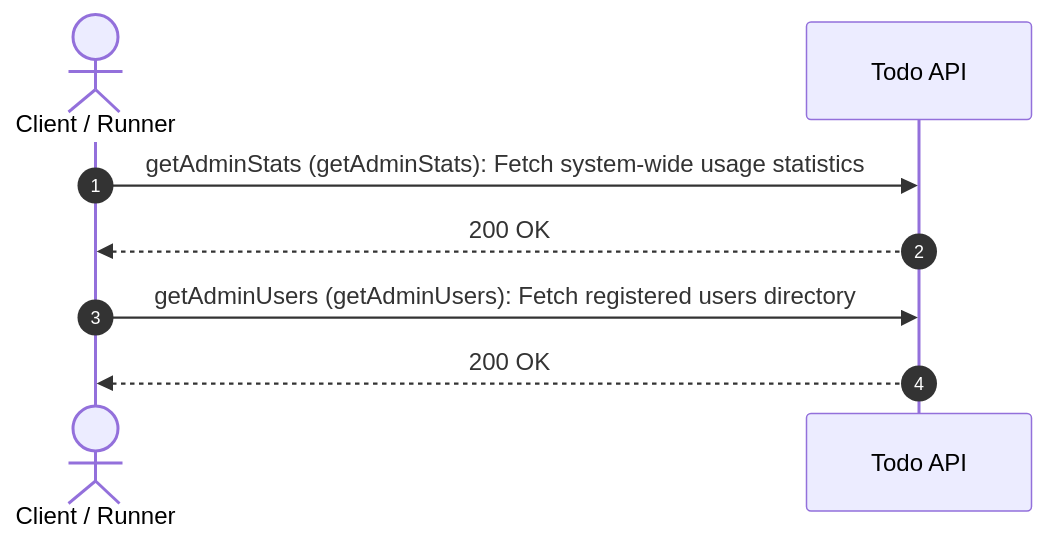
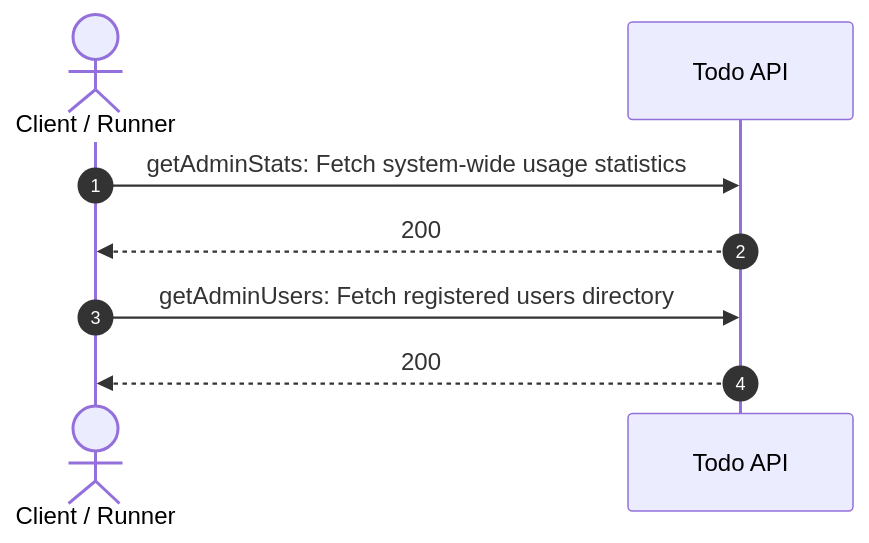
Before and after one commit to tom009924/sandbox: the second of 2 diagrams in docs/workflows/README.md, drawn with Mermaid. The commit also changed other lines of this file and 1 other file, not shown here.

First line of the commit message:
refactor(workflows): streamline workflow conversion to essential sequence details

````diff
--- a/docs/workflows/README.md
+++ b/docs/workflows/README.md
@@ -66,10 +50,10 @@
 ```mermaid
 sequenceDiagram
     autonumber
     actor Client as Client / Runner
     participant API as Todo API
-    Client->>API: getAdminStats (getAdminStats): Fetch system-wide usage statistics
-    API-->>Client: 200 OK
-    Client->>API: getAdminUsers (getAdminUsers): Fetch registered users directory
-    API-->>Client: 200 OK
+    Client->>API: getAdminStats: Fetch system-wide usage statistics
+    API-->>Client: 200
+    Client->>API: getAdminUsers: Fetch registered users directory
+    API-->>Client: 200
 ```
````
